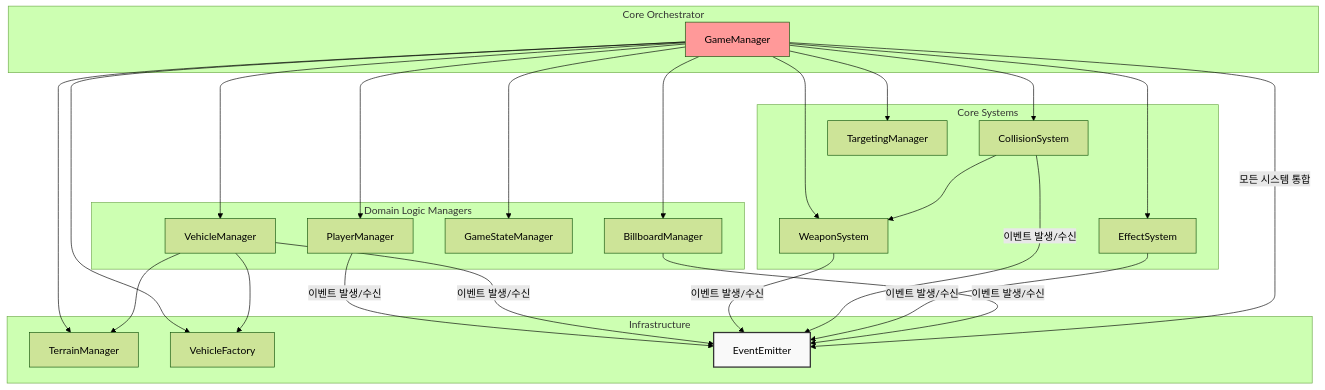
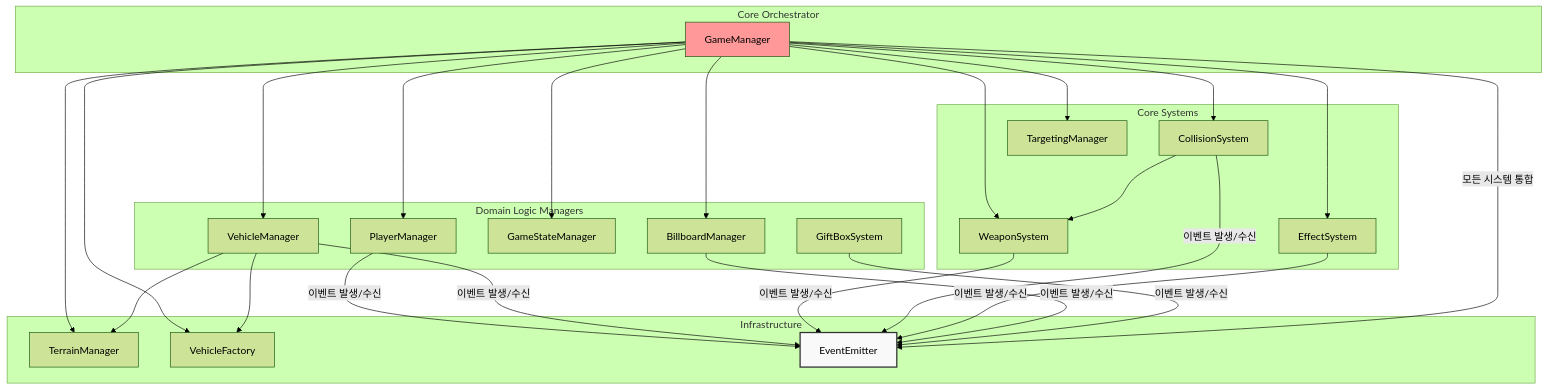
One commit to tanminkwan/test2 changed the second of 11 diagrams in ARCHITECTURE.md. Above: the diagram before and after it, drawn with Mermaid (forest theme). The commit also changed other lines of this file and 2 other files, not shown here.

Commit message:
문서 업데이트: README, API, ARCHITECTURE

````diff
--- a/ARCHITECTURE.md
+++ b/ARCHITECTURE.md
@@ -223,53 +224,55 @@
 ```mermaid
 graph TD
     subgraph "Core Orchestrator"
         A[GameManager]
     end
 
     subgraph "Domain Logic Managers"
         B[PlayerManager]
         C[VehicleManager]
         F[GameStateManager]
         H[BillboardManager]
+        M[GiftBoxSystem]
     end
 
     subgraph "Core Systems"
         D[WeaponSystem]
         E[CollisionSystem]
         G[TargetingManager]
         I[EffectSystem]
     end
     
     subgraph "Infrastructure"
         J[TerrainManager]
         K[VehicleFactory]
         L[EventEmitter]
     end
 
     A --> B
     A --> C
     A --> D
     A --> E
     A --> F
     A --> G
     A --> H
     A --> I
     A --> J
     A --> K
 
     C --> K
     C --> J
     E --> D
 
     B -- "이벤트 발생/수신" --> L
     C -- "이벤트 발생/수신" --> L
     D -- "이벤트 발생/수신" --> L
     E -- "이벤트 발생/수신" --> L
     I -- "이벤트 발생/수신" --> L
     H -- "이벤트 발생/수신" --> L
+    M -- "이벤트 발생/수신" --> L
 
     A -- "모든 시스템 통합" --> L
     
     style A fill:#ff9999
     style L fill:#f9f9f9,stroke:#333,stroke-width:2px
 ```
````
